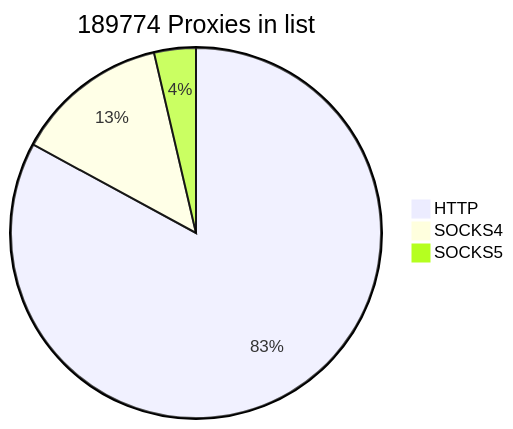
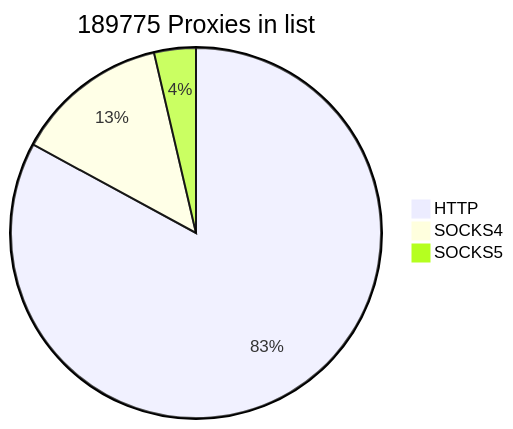
One commit to cutipu/proxylist changed the first of 2 diagrams in README.md. Above: the diagram before and after it, drawn with Mermaid. The commit also changed other lines of this file, not shown here.

````diff
--- a/README.md
+++ b/README.md
@@ -2,7 +2,7 @@
 ```mermaid
-pie title 189774 Proxies in list
+pie title 189775 Proxies in list
     "HTTP" : 157363
-    "SOCKS4" : 25496
+    "SOCKS4" : 25497
     "SOCKS5" : 6915
             
 ```
````
